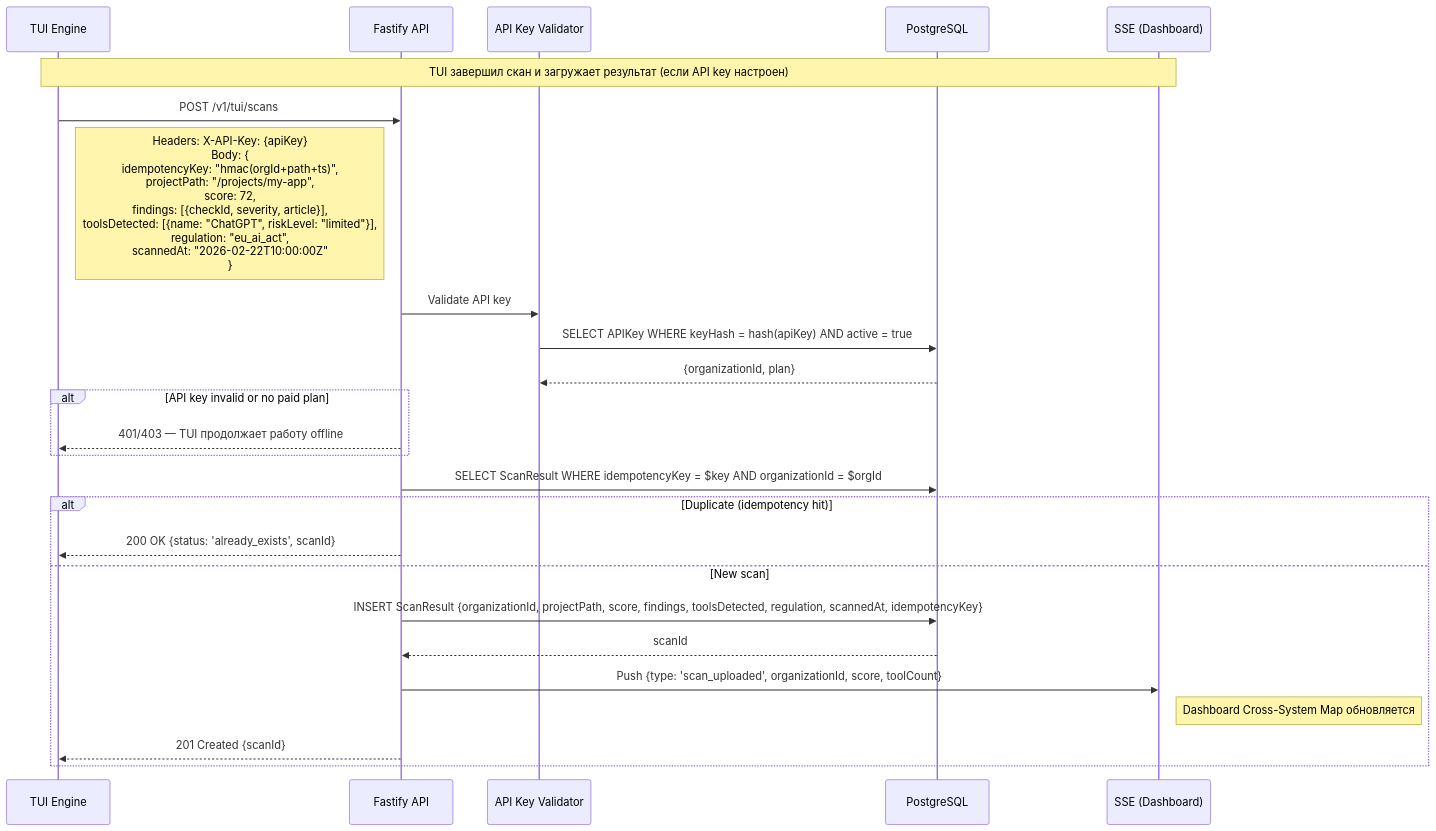
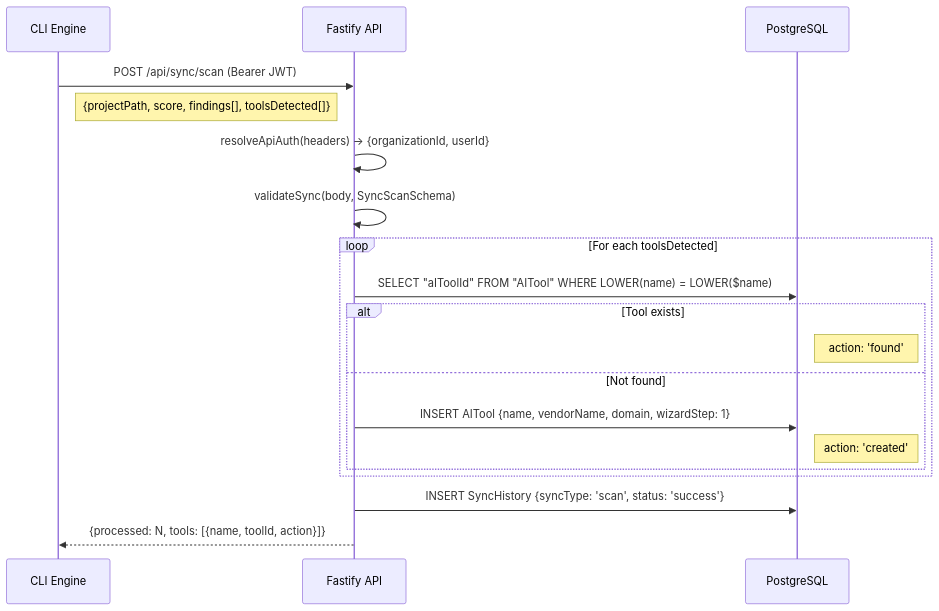
Diagram 23 of 32 in docs/DATA-FLOWS.md (complior/complior), drawn with Mermaid before and after one commit. The commit also changed other lines of this file and 19 other files, not shown here.

First line of the commit message:
feat: Sprint 8 finalization — FRIA sync, nav update, docs v4.0, TUI→CLI rename

````diff
--- a/docs/DATA-FLOWS.md
+++ b/docs/DATA-FLOWS.md
@@ -1345,32 +1356,24 @@
 ```mermaid
 sequenceDiagram
-    participant TUI as TUI Engine
+    participant CLI as CLI Engine
     participant API as Fastify API
-    participant Auth as API Key Validator
     participant DB as PostgreSQL
-    participant SSE as SSE (Dashboard)
 
-    Note over TUI,SSE: TUI завершил скан и загружает результат (если API key настроен)
+    CLI->>API: POST /api/sync/scan (Bearer JWT)
+    Note right of CLI: {projectPath, score, findings[], toolsDetected[]}
+    API->>API: resolveApiAuth(headers) → {organizationId, userId}
+    API->>API: validateSync(body, SyncScanSchema)
 
-    TUI->>API: POST /v1/tui/scans
-    Note right of TUI: Headers: X-API-Key: {apiKey}<br/>Body: {<br/>  idempotencyKey: "hmac(orgId+path+ts)",<br/>  projectPath: "/projects/my-app",<br/>  score: 72,<br/>  findings: [{checkId, severity, article}],<br/>  toolsDetected: [{name: "ChatGPT", riskLevel: "limited"}],<br/>  regulation: "eu_ai_act",<br/>  scannedAt: "2026-02-22T10:00:00Z"<br/>}
-
-    API->>Auth: Validate API key
-    Auth->>DB: SELECT APIKey WHERE keyHash = hash(apiKey) AND active = true
-    DB-->>Auth: {organizationId, plan}
-
-    alt API key invalid or no paid plan
-        API-->>TUI: 401/403 — TUI продолжает работу offline
+    loop For each toolsDetected
+        API->>DB: SELECT "aIToolId" FROM "AITool" WHERE LOWER(name) = LOWER($name)
+        alt Tool exists
+            Note right of DB: action: 'found'
+        else Not found
+            API->>DB: INSERT AITool {name, vendorName, domain, wizardStep: 1}
+            Note right of DB: action: 'created'
+        end
     end
 
-    API->>DB: SELECT ScanResult WHERE idempotencyKey = $key AND organizationId = $orgId
-    alt Duplicate (idempotency hit)
-        API-->>TUI: 200 OK {status: 'already_exists', scanId}
-    else New scan
-        API->>DB: INSERT ScanResult {organizationId, projectPath, score, findings, toolsDetected, regulation, scannedAt, idempotencyKey}
-        DB-->>API: scanId
-        API->>SSE: Push {type: 'scan_uploaded', organizationId, score, toolCount}
-        Note right of SSE: Dashboard Cross-System Map обновляется
-        API-->>TUI: 201 Created {scanId}
-    end
+    API->>DB: INSERT SyncHistory {syncType: 'scan', status: 'success'}
+    API-->>CLI: {processed: N, tools: [{name, toolId, action}]}
 ```
````
